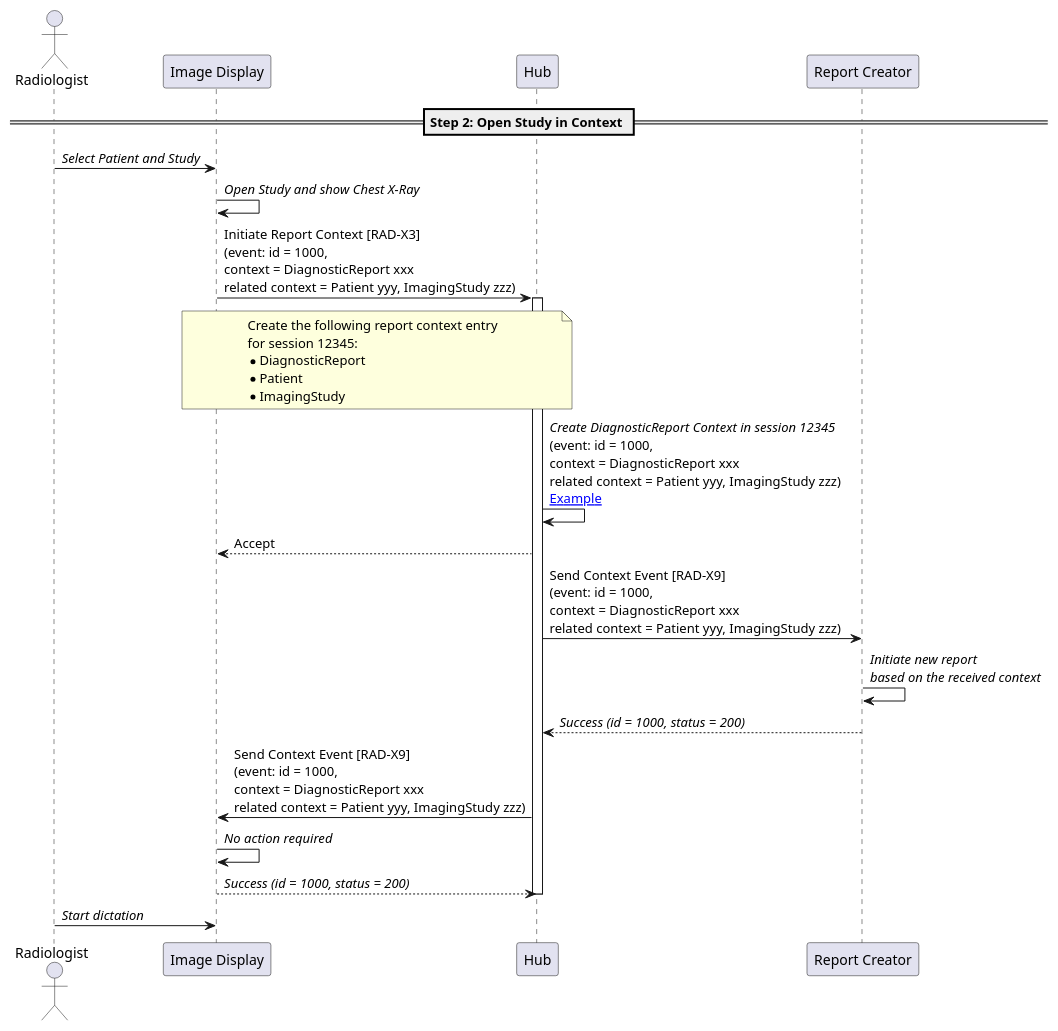
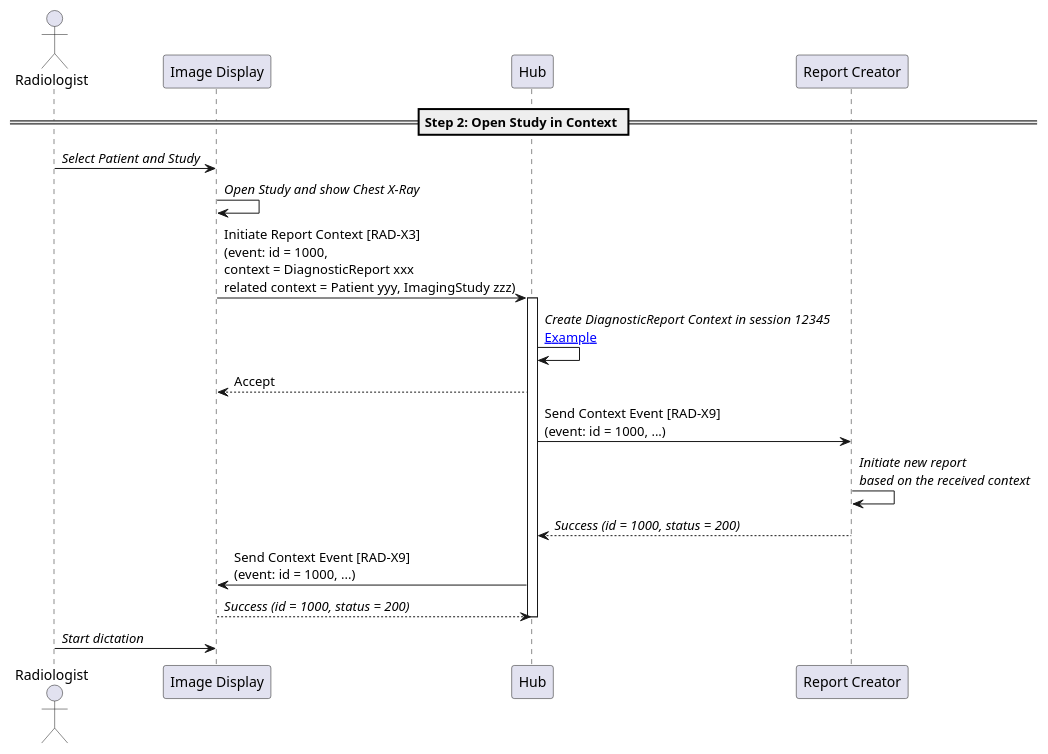
One commit to IHE/RAD.IRA changed the diagram in input/images-source/step2-open-study-in-context.plantuml. Above: the diagram before and after it, drawn with PlantUML.

Commit message:
Remove repeated context details.

```diff
--- a/input/images-source/step2-open-study-in-context.plantuml
+++ b/input/images-source/step2-open-study-in-context.plantuml
@@ -1,37 +1,29 @@
 @startuml
 
 actor Radiologist as User
 participant "Image Display" as PACS
 participant "Hub" as Hub
 participant "Report Creator" as Report
 
 == Step 2: Open Study in Context ==
 
 User->PACS: //Select Patient and Study//
 PACS->PACS: //Open Study and show Chest X-Ray//
 
 PACS->Hub: Initiate Report Context [RAD-X3]\n(event: id = 1000,\ncontext = DiagnosticReport xxx\nrelated context = Patient yyy, ImagingStudy zzz)
 activate Hub
-note over PACS, Hub
-Create the following report context entry
-for session 12345:
-* DiagnosticReport
-* Patient
-* ImagingStudy
-end note
 
-Hub->Hub: //Create DiagnosticReport Context in session 12345//\n(event: id = 1000,\ncontext = DiagnosticReport xxx\nrelated context = Patient yyy, ImagingStudy zzz)\n[[open_study_for_reporting.html#available-context-and-content-in-hub Example]]
+Hub->Hub: //Create DiagnosticReport Context in session 12345//\n[[open_study_for_reporting.html#available-context-and-content-in-hub Example]]
 Hub-->PACS: Accept
 
-Hub->Report: Send Context Event [RAD-X9]\n(event: id = 1000,\ncontext = DiagnosticReport xxx\nrelated context = Patient yyy, ImagingStudy zzz)
+Hub->Report: Send Context Event [RAD-X9]\n(event: id = 1000, ...)
 Report->Report: //Initiate new report//\n//based on the received context//
 Report-->Hub: //Success (id = 1000, status = 200)//
 
-Hub->PACS: Send Context Event [RAD-X9]\n(event: id = 1000,\ncontext = DiagnosticReport xxx\nrelated context = Patient yyy, ImagingStudy zzz)
-PACS->PACS: //No action required//
+Hub->PACS: Send Context Event [RAD-X9]\n(event: id = 1000, ...)
 PACS-->Hub: //Success (id = 1000, status = 200)//
 deactivate Hub
 
 User->PACS: //Start dictation//
 
 @enduml
```
